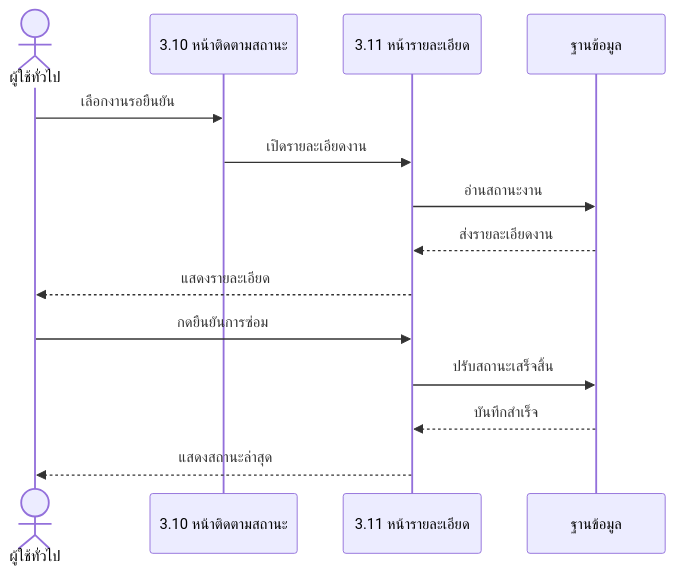
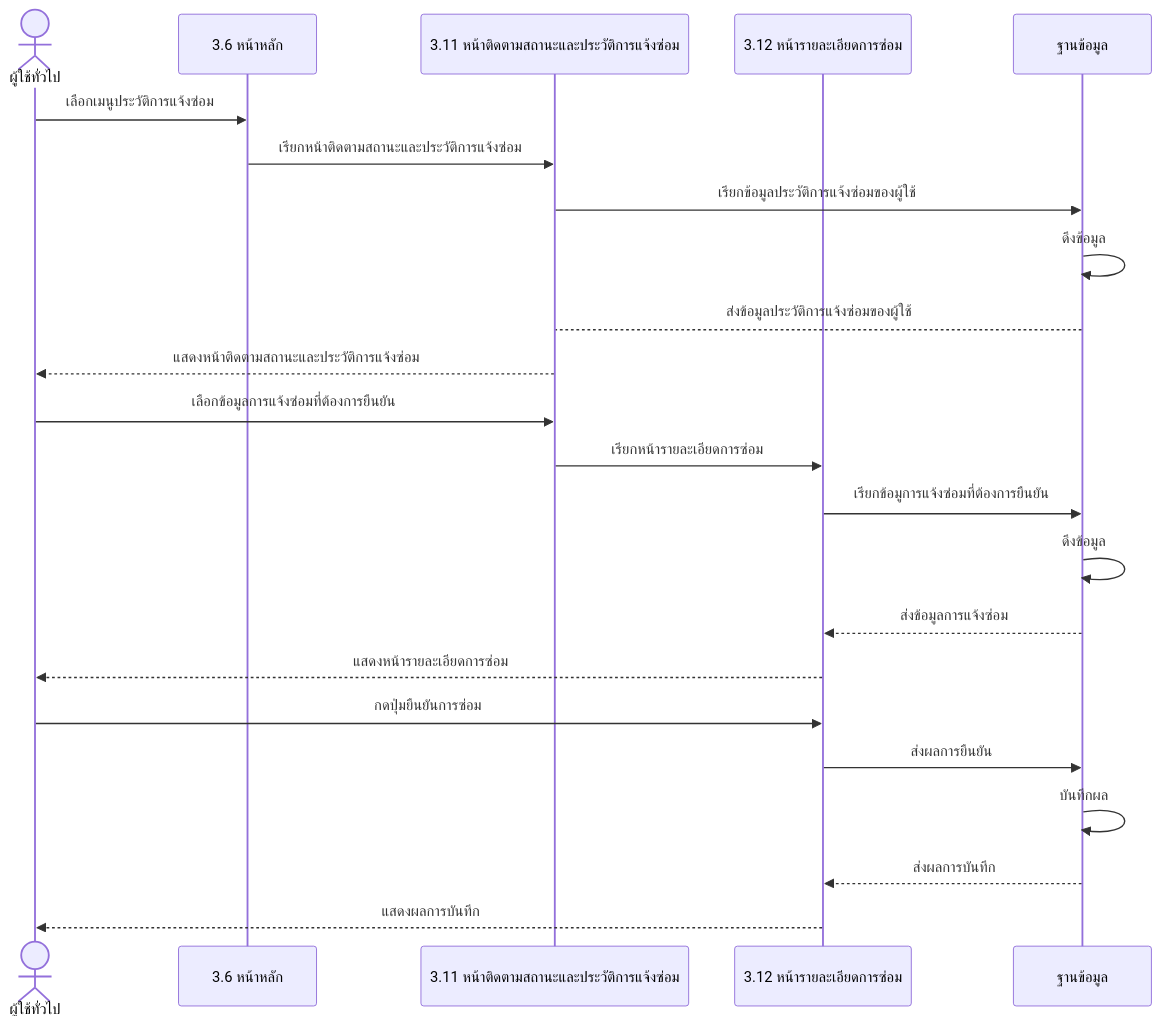
One commit to nonkanisorn/helpdesk-systemv2 changed the seventh of 20 diagrams in sequence-diagrams.md. Above: the diagram before and after it, drawn with Mermaid. The commit also changed other lines of this file and 132 other files, not shown here.

````diff
--- a/sequence-diagrams.md
+++ b/sequence-diagrams.md
@@ -121,16 +120,27 @@
 ```mermaid
 sequenceDiagram
     actor Aactor as ผู้ใช้ทั่วไป
-    participant Track as 3.10 หน้าติดตามสถานะ
-    participant Detail as 3.11 หน้ารายละเอียด
+
+    participant MainPage as 3.6 หน้าหลัก
+    participant Track as 3.11 หน้าติดตามสถานะและประวัติการแจ้งซ่อม
+    participant Detail as 3.12 หน้ารายละเอียดการซ่อม
     participant DB as ฐานข้อมูล
-    Aactor->>Track: เลือกงานรอยืนยัน
-    Track->>Detail: เปิดรายละเอียดงาน
-    Detail->>DB: อ่านสถานะงาน
-    DB-->>Detail: ส่งรายละเอียดงาน
-    Detail-->>Aactor: แสดงรายละเอียด
-    Aactor->>Detail: กดยืนยันการซ่อม
-    Detail->>DB: ปรับสถานะเสร็จสิ้น
-    DB-->>Detail: บันทึกสำเร็จ
-    Detail-->>Aactor: แสดงสถานะล่าสุด
+Aactor->>MainPage:เลือกเมนูประวัติการแจ้งซ่อม
+MainPage->>Track:เรียกหน้าติดตามสถานะและประวัติการแจ้งซ่อม
+Track->>DB:เรียกข้อมูลประวัติการแจ้งซ่อมของผู้ใช้
+DB->>DB:ดึงข้อมูล
+DB-->Track:ส่งข้อมูลประวัติการแจ้งซ่อมของผู้ใช้
+Track-->>Aactor:แสดงหน้าติดตามสถานะและประวัติการแจ้งซ่อม
+Aactor->>Track:เลือกข้อมูลการแจ้งซ่อมที่ต้องการยืนยัน
+Track->>Detail:เรียกหน้ารายละเอียดการซ่อม
+Detail->>DB:เรียกข้อมูการแจ้งซ่อมที่ต้องการยืนยัน
+DB->>DB:ดึงข้อมูล
+DB-->>Detail:ส่งข้อมูลการแจ้งซ่อม
+Detail-->>Aactor:แสดงหน้ารายละเอียดการซ่อม
+Aactor->>Detail:กดปุ่มยืนยันการซ่อม
+Detail->>DB:ส่งผลการยืนยัน
+DB->>DB:บันทึกผล
+DB-->>Detail:ส่งผลการบันทึก
+Detail-->>Aactor:แสดงผลการบันทึก
+
 ```
````
